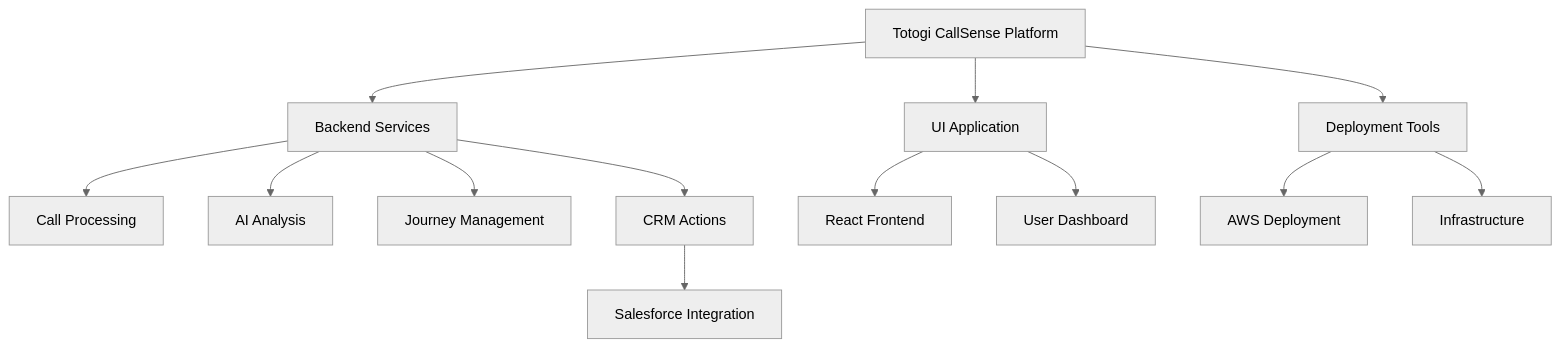
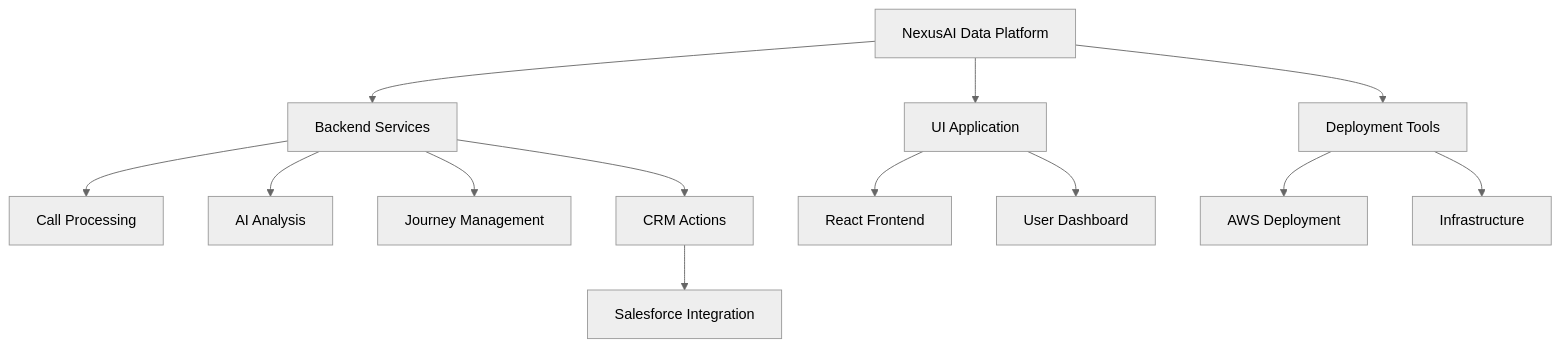
One commit to nexusdataai/nexus-docs changed the first of 4 diagrams in docs/platform-architecture.md. Above: the diagram before and after it, drawn with Mermaid (neutral theme). The commit also changed other lines of this file and 263 other files, not shown here.

First line of the commit message:
Rebrand documentation from Totogi CallSense to NexusAI Data Platform

````diff
--- a/docs/platform-architecture.md
+++ b/docs/platform-architecture.md
@@ -24,19 +24,19 @@
 ```mermaid
 graph TD
-    A[Totogi CallSense Platform] --> B[Backend Services]
+    A[NexusAI Data Platform] --> B[Backend Services]
     A --> C[UI Application]
     A --> D[Deployment Tools]
     
     B --> E[Call Processing]
     B --> F[AI Analysis]
     B --> G[Journey Management]
     B --> H[CRM Actions]
     
     C --> I[React Frontend]
     C --> J[User Dashboard]
     
     D --> K[AWS Deployment]
     D --> L[Infrastructure]
     
     H --> M[Salesforce Integration]
 ```
````
